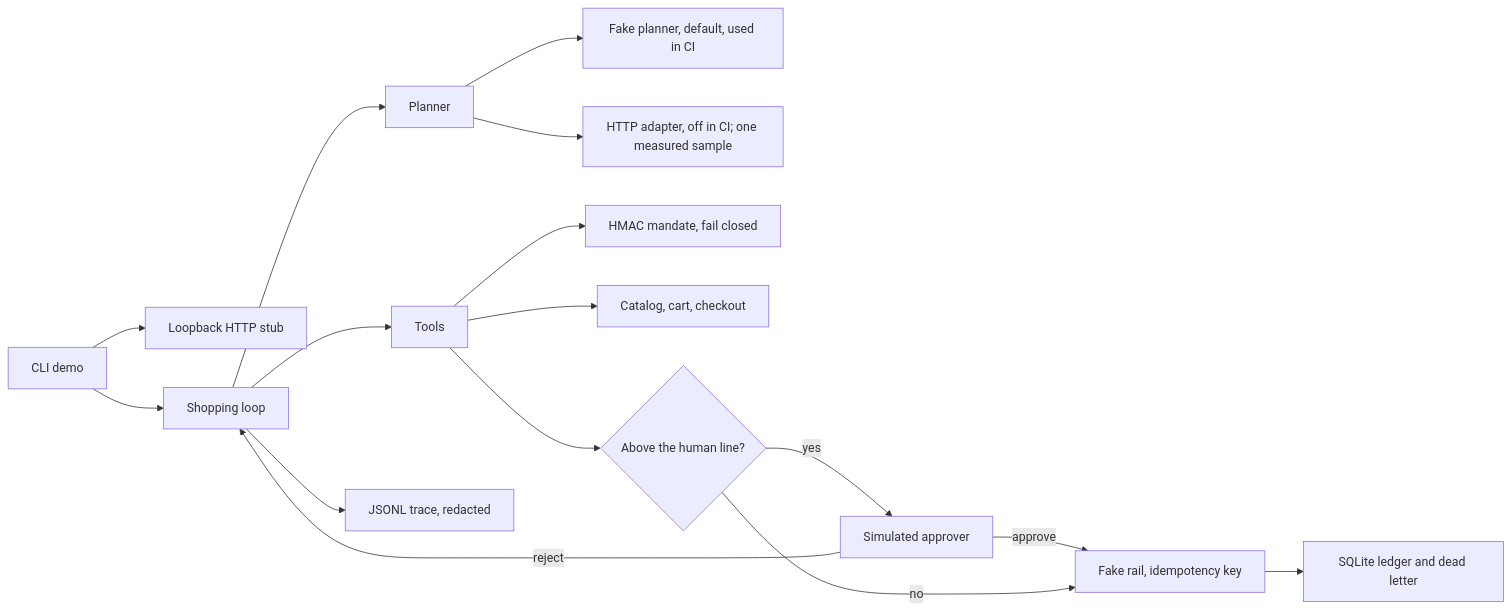
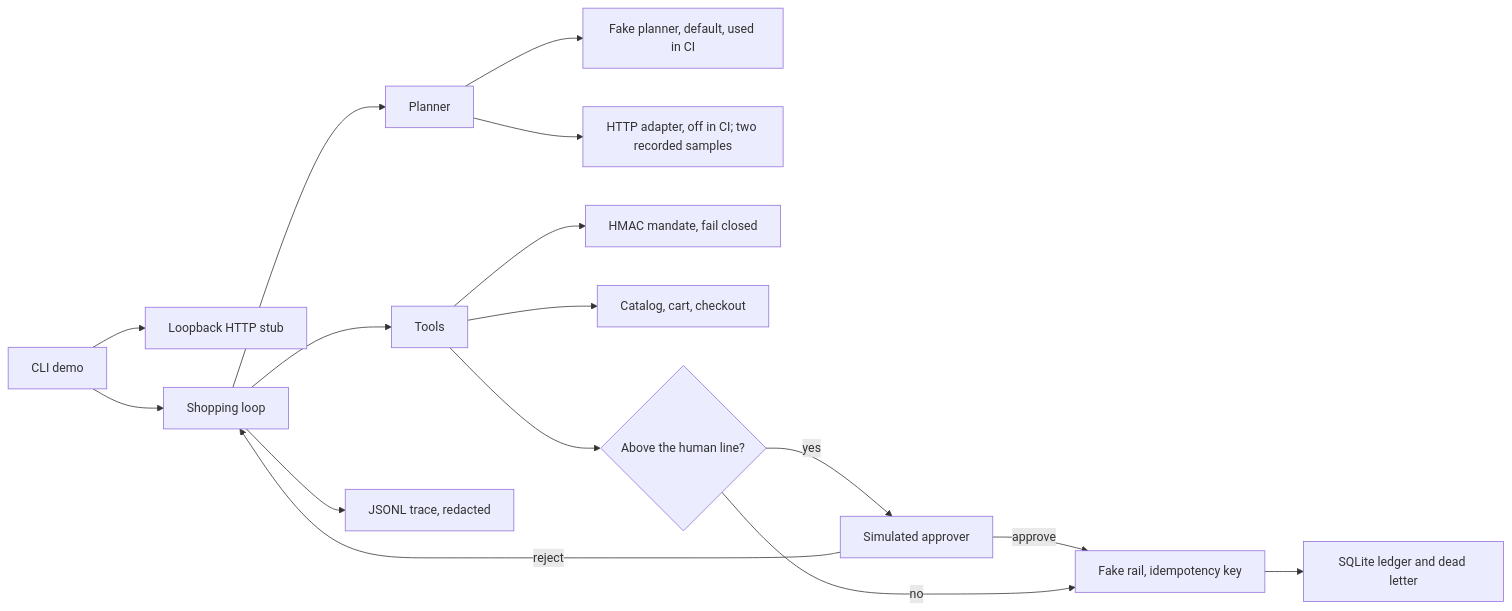
The diagram in README.md (dlescanogithub/agent-commerce-mandates-lab), drawn with Mermaid before and after one commit. The commit also changed other lines of this file and 32 other files, not shown here.

````diff
--- a/README.md
+++ b/README.md
@@ -61,18 +61,18 @@
 ```mermaid
 flowchart LR
   caller["CLI demo"] --> http["Loopback HTTP stub"]
   caller --> runner["Shopping loop"]
   runner --> model["Planner"]
   model --> fake["Fake planner, default, used in CI"]
-  model --> live["HTTP adapter, off in CI; one measured sample"]
+  model --> live["HTTP adapter, off in CI; two recorded samples"]
   runner --> tools["Tools"]
   tools --> mandate["HMAC mandate, fail closed"]
   tools --> merchant["Catalog, cart, checkout"]
   tools --> human{"Above the human line?"}
   human -->|yes| person["Simulated approver"]
   person -->|approve| rail["Fake rail, idempotency key"]
   person -->|reject| runner
   human -->|no| rail
   rail --> ledger["SQLite ledger and dead letter"]
   runner --> trace["JSONL trace, redacted"]
 ```
````
